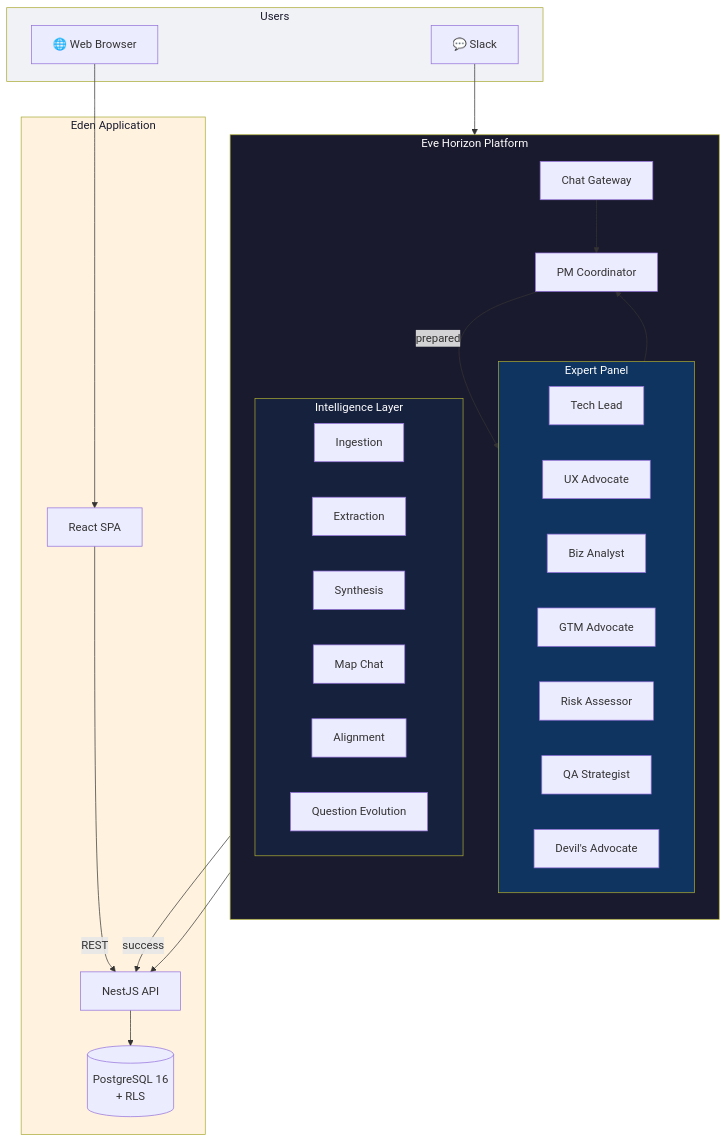
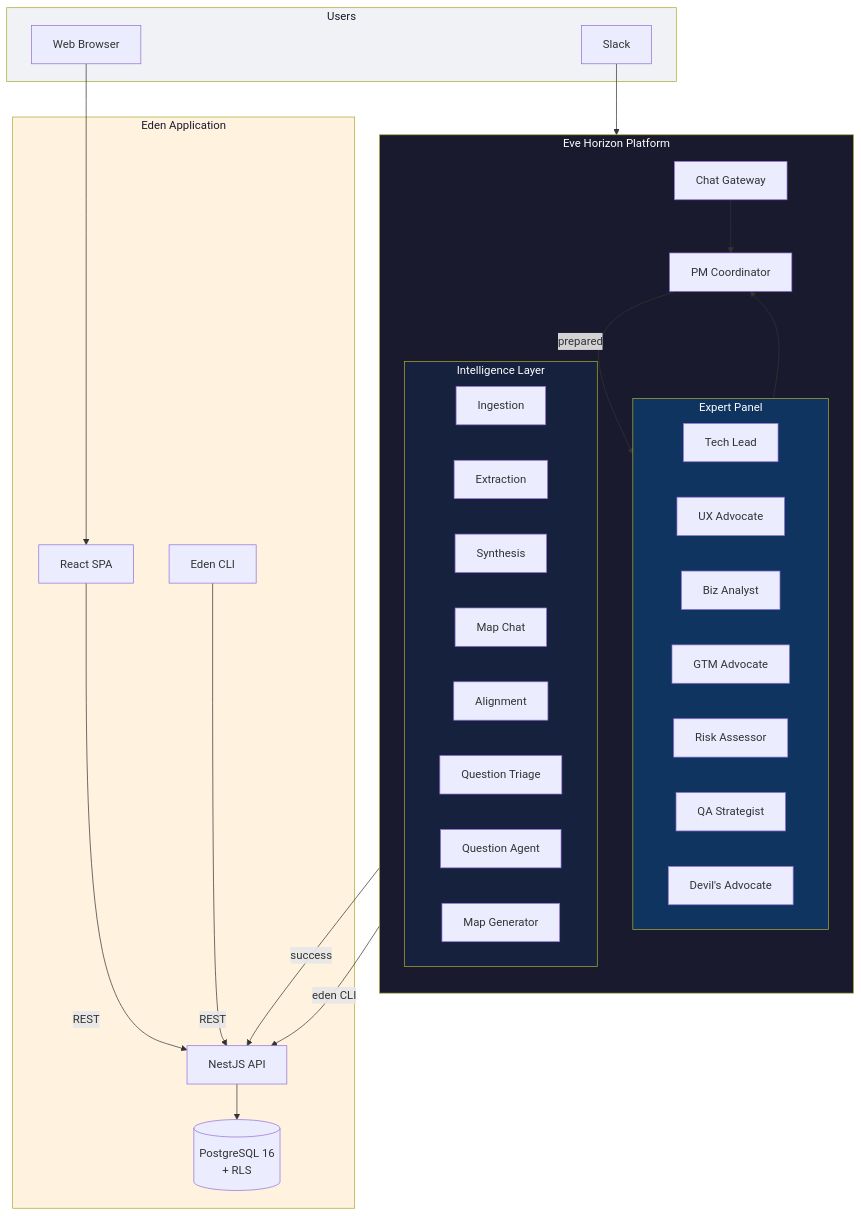
One commit to eve-horizon/eden changed the first of 13 diagrams in ARCHITECTURE.md. Above: the diagram before and after it, drawn with Mermaid. The commit also changed other lines of this file and 3 other files, not shown here.

````diff
--- a/ARCHITECTURE.md
+++ b/ARCHITECTURE.md
@@ -7,56 +7,60 @@
 ```mermaid
 graph TB
     subgraph Users["Users"]
-        slack["💬 Slack"]
-        browser["🌐 Web Browser"]
+        slack["Slack"]
+        browser["Web Browser"]
     end
 
     subgraph Eve["Eve Horizon Platform"]
         direction TB
         gateway["Chat Gateway"]
         coordinator["PM Coordinator"]
 
         subgraph panel["Expert Panel"]
             tech["Tech Lead"]
             ux["UX Advocate"]
             biz["Biz Analyst"]
             gtm["GTM Advocate"]
             risk["Risk Assessor"]
             qa["QA Strategist"]
             devil["Devil's Advocate"]
         end
 
         subgraph intelligence["Intelligence Layer"]
             ingest["Ingestion"]
             extract["Extraction"]
             synth["Synthesis"]
             mapchat["Map Chat"]
             align["Alignment"]
-            qevolve["Question Evolution"]
+            qtriage["Question Triage"]
+            qevolve["Question Agent"]
+            mapgen["Map Generator"]
         end
     end
 
     subgraph Eden["Eden Application"]
         api["NestJS API"]
+        cli["Eden CLI"]
         web["React SPA"]
         db[("PostgreSQL 16\n+ RLS")]
     end
 
     slack --> gateway
     gateway --> coordinator
     coordinator -->|prepared| panel
     coordinator -->|success| api
 
     panel --> coordinator
-    intelligence --> api
+    intelligence -->|eden CLI| api
 
     browser --> web
     web -->|REST| api
     api --> db
+    cli -->|REST| api
 
     style Eve fill:#1a1a2e,color:#fff
     style panel fill:#0f3460,color:#fff
     style intelligence fill:#16213e,color:#fff
     style Eden fill:#fff3e0,color:#1a1a2e
     style Users fill:#f0f2f5,color:#1a1a2e
 ```
````
